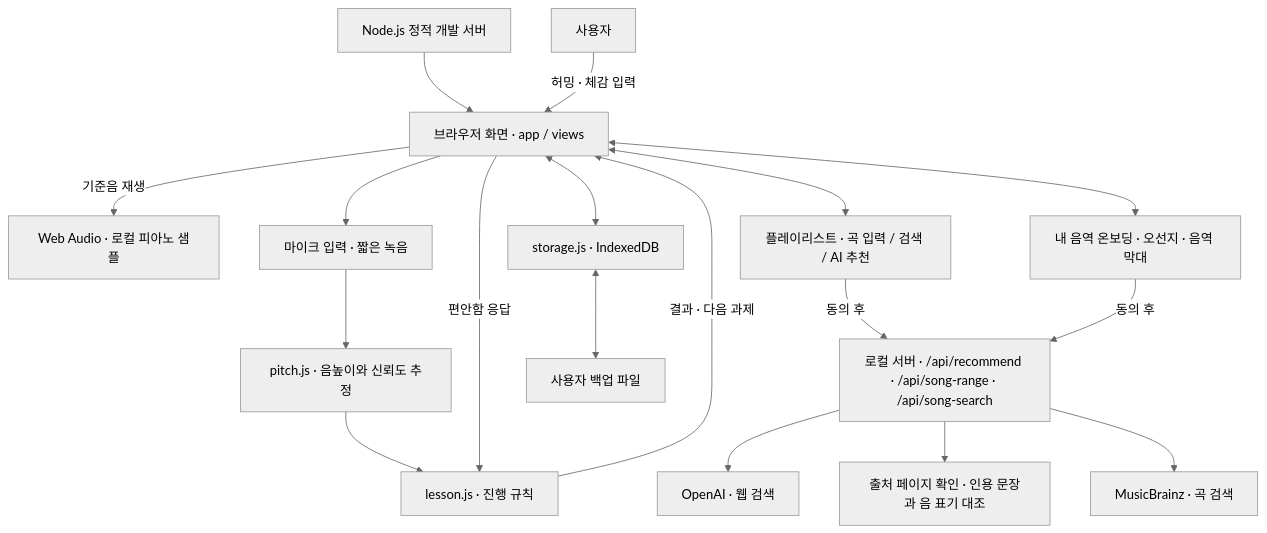
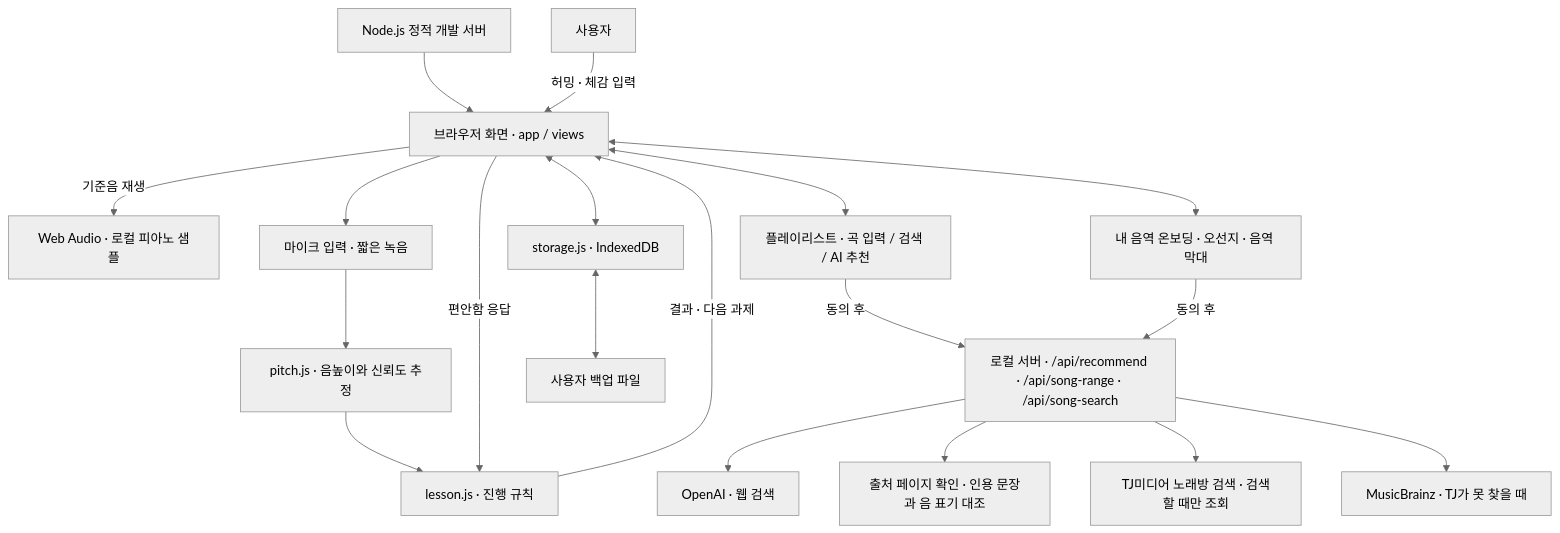
Before and after one commit to Yoonsung-kor/SING: the first of 2 diagrams in docs/architecture.md, drawn with Mermaid (neutral theme). The commit also changed other lines of this file and 3 other files, not shown here.

````diff
--- a/docs/architecture.md
+++ b/docs/architecture.md
@@ -7,20 +7,21 @@
 ```mermaid
 flowchart TD
     Static[Node.js 정적 개발 서버] --> UI[브라우저 화면 · app / views]
     User[사용자] -->|허밍 · 체감 입력| UI
     UI -->|기준음 재생| Piano[Web Audio · 로컬 피아노 샘플]
     UI --> Capture[마이크 입력 · 짧은 녹음]
     Capture --> Pitch[pitch.js · 음높이와 신뢰도 추정]
     Pitch --> Lesson[lesson.js · 진행 규칙]
     UI -->|편안함 응답| Lesson
     Lesson -->|결과 · 다음 과제| UI
     UI <--> Songs[플레이리스트 · 곡 입력 / 검색 / AI 추천]
     UI <--> Voice[내 음역 온보딩 · 오선지 · 음역 막대]
     Songs -->|동의 후| Server[로컬 서버 · /api/recommend · /api/song-range · /api/song-search]
     Voice -->|동의 후| Server
     Server --> OpenAI[OpenAI · 웹 검색]
     Server --> Check[출처 페이지 확인 · 인용 문장과 음 표기 대조]
-    Server --> MB[MusicBrainz · 곡 검색]
+    Server --> TJ[TJ미디어 노래방 검색 · 검색할 때만 조회]
+    Server --> MB[MusicBrainz · TJ가 못 찾을 때]
     UI <--> Store[storage.js · IndexedDB]
     Store <--> Backup[사용자 백업 파일]
 ```
````
